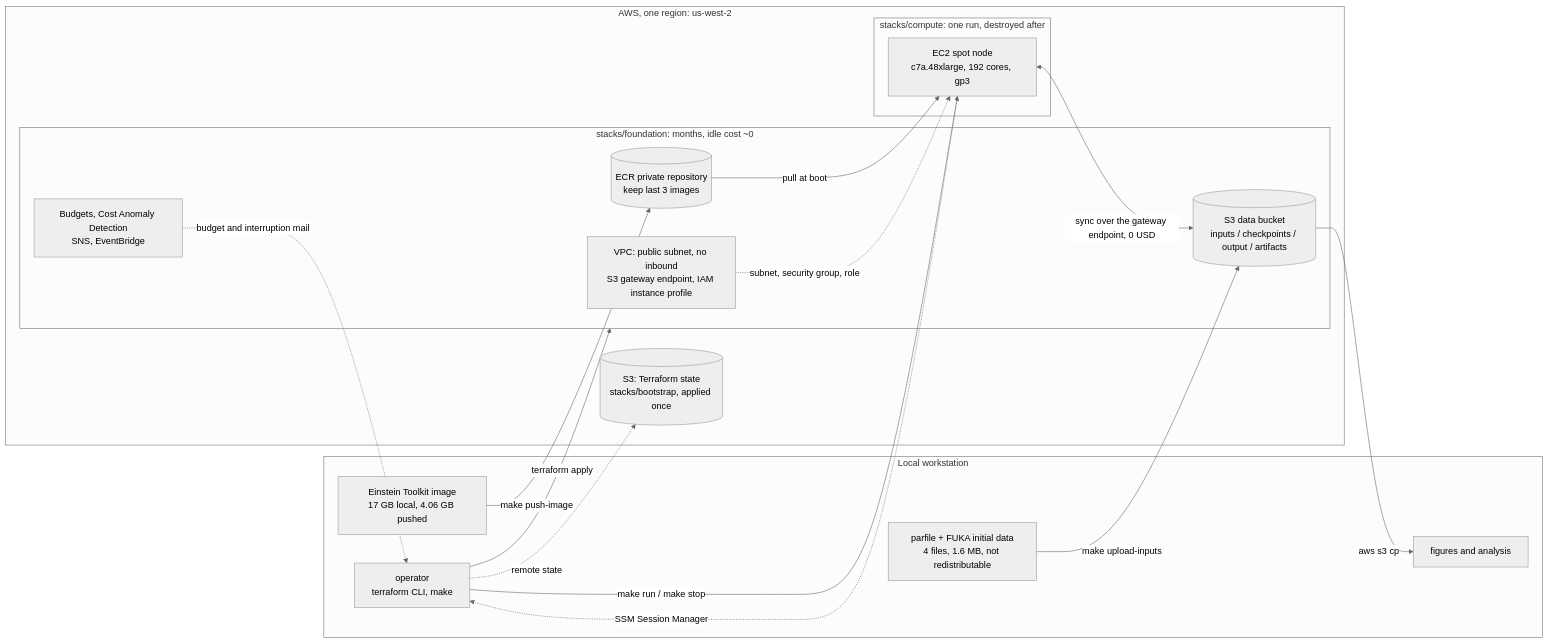
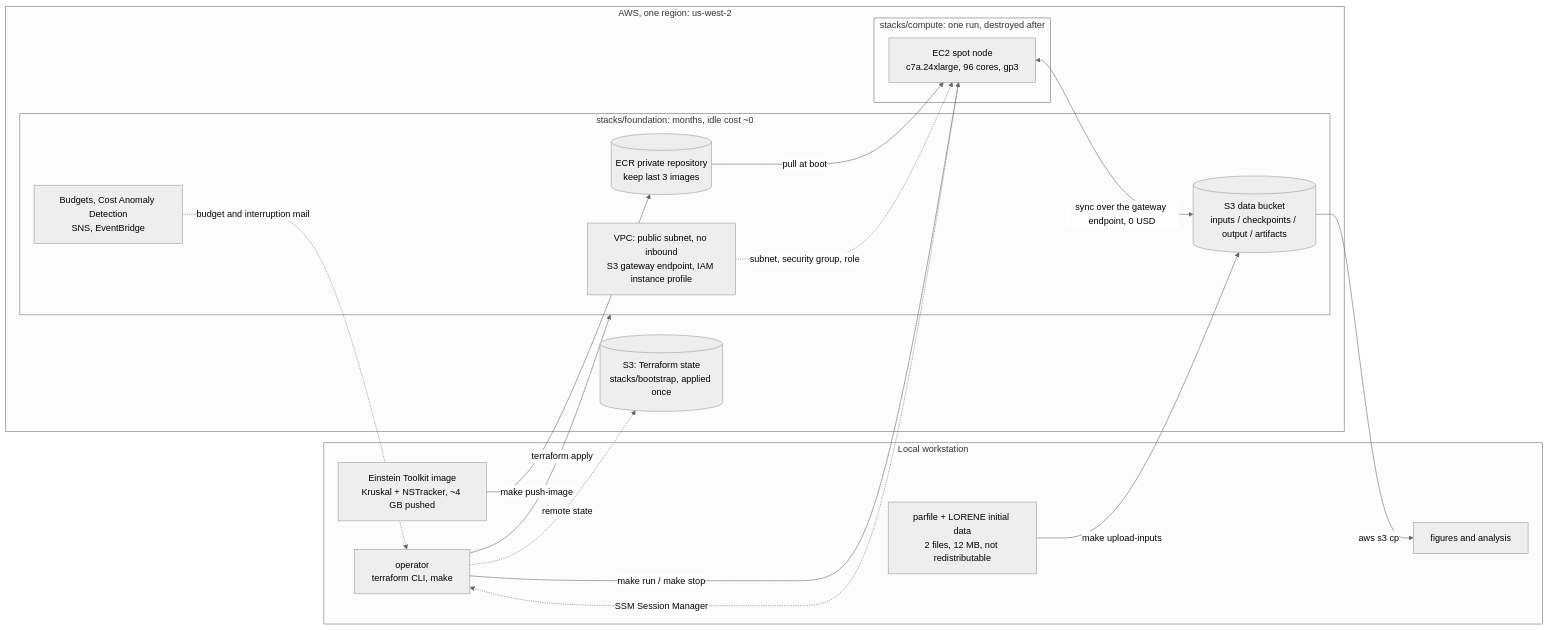
Before and after one commit to s-sasaki-earthsea-wizard/bns-einstein-toolkit-aws-tf: the first of 2 diagrams in README.md, drawn with Mermaid (neutral theme). The commit also changed other lines of this file and 2 other files, not shown here.

````diff
--- a/README.md
+++ b/README.md
@@ -16,36 +65,36 @@
 ```mermaid
 flowchart LR
   subgraph WS["Local workstation"]
     OP["operator<br/>terraform CLI, make"]
-    IMG["Einstein Toolkit image<br/>17 GB local, 4.06 GB pushed"]
-    UP["parfile + FUKA initial data<br/>4 files, 1.6 MB, not redistributable"]
+    IMG["Einstein Toolkit image<br/>Kruskal + NSTracker, ~4 GB pushed"]
+    UP["parfile + LORENE initial data<br/>2 files, 12 MB, not redistributable"]
     RES["figures and analysis"]
   end
 
   subgraph AWS["AWS, one region: us-west-2"]
     STATE[("S3: Terraform state<br/>stacks/bootstrap, applied once")]
 
     subgraph FOUND["stacks/foundation: months, idle cost ~0"]
       ECR[("ECR private repository<br/>keep last 3 images")]
       DATA[("S3 data bucket<br/>inputs / checkpoints / output / artifacts")]
       NET["VPC: public subnet, no inbound<br/>S3 gateway endpoint, IAM instance profile"]
       GUARD["Budgets, Cost Anomaly Detection<br/>SNS, EventBridge"]
     end
 
     subgraph COMP["stacks/compute: one run, destroyed after"]
-      NODE["EC2 spot node<br/>c7a.48xlarge, 192 cores, gp3"]
+      NODE["EC2 spot node<br/>c7a.24xlarge, 96 cores, gp3"]
     end
   end
 
   IMG -->|make push-image| ECR
   UP -->|make upload-inputs| DATA
   OP -->|terraform apply| FOUND
   OP -->|make run / make stop| NODE
   OP -.->|remote state| STATE
   ECR -->|pull at boot| NODE
   NODE <-->|sync over the gateway endpoint, 0 USD| DATA
   NET -.->|subnet, security group, role| NODE
   NODE -.->|SSM Session Manager| OP
   GUARD -.->|budget and interruption mail| OP
   DATA -->|aws s3 cp| RES
 ```
````
